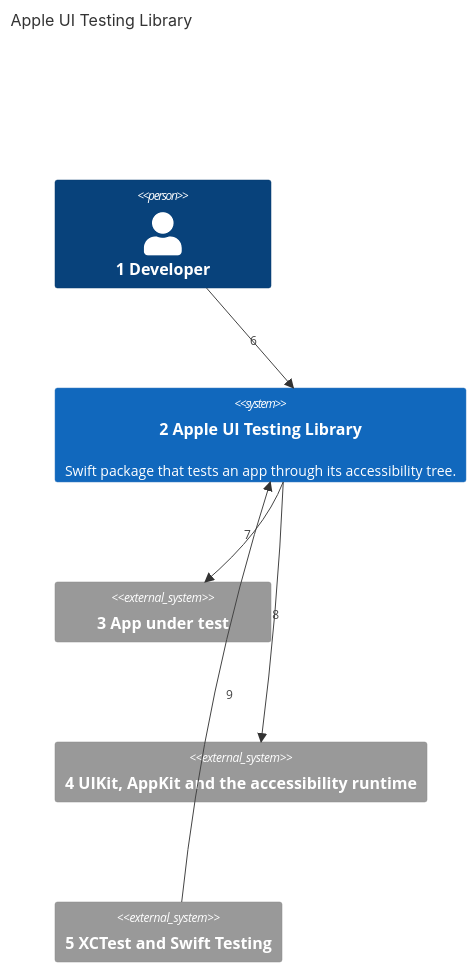
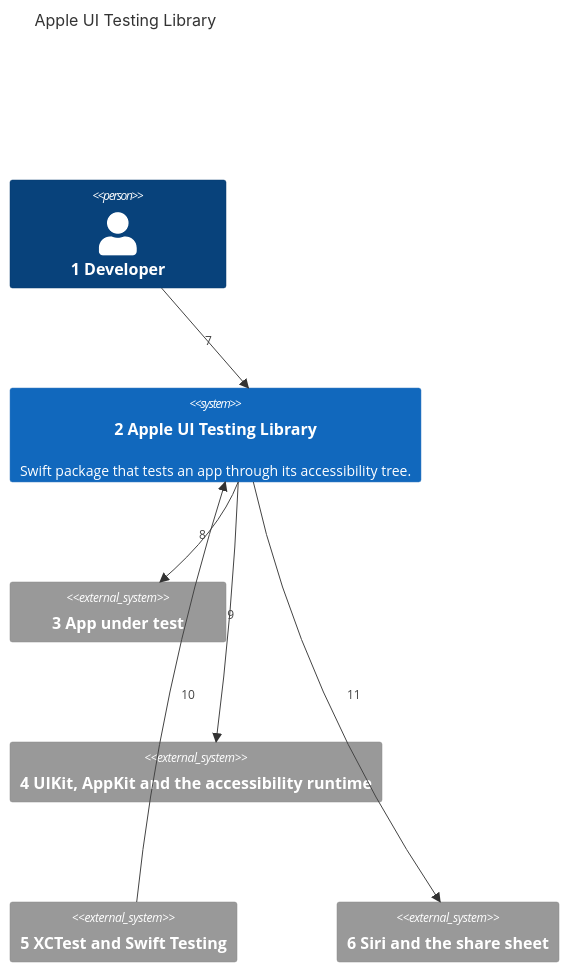
Before and after one commit to may-journal/apple-ui-testing-library: the first of 2 diagrams in docs/architecture/01-system-context.md, drawn with Mermaid. The commit also changed other lines of this file and 45 other files, not shown here.

First line of the commit message:
feat(system): drive system sharing, Siri and disabled controls (#60)

````diff
--- a/docs/architecture/01-system-context.md
+++ b/docs/architecture/01-system-context.md
@@ -7,15 +7,17 @@
 ```mermaid
 C4Context
     title Apple UI Testing Library
 
     Person(dev, "1 Developer")
     System(lib, "2 Apple UI Testing Library", "Swift package that tests an app through its accessibility tree.")
     System_Ext(app, "3 App under test")
     System_Ext(runtime, "4 UIKit, AppKit and the accessibility runtime")
     System_Ext(runner, "5 XCTest and Swift Testing")
+    System_Ext(system, "6 Siri and the share sheet")
 
-    Rel(dev, lib, "6")
-    Rel(lib, app, "7")
-    Rel(lib, runtime, "8")
-    Rel(runner, lib, "9")
+    Rel(dev, lib, "7")
+    Rel(lib, app, "8")
+    Rel(lib, runtime, "9")
+    Rel(runner, lib, "10")
+    Rel(lib, system, "11")
 ```
````
